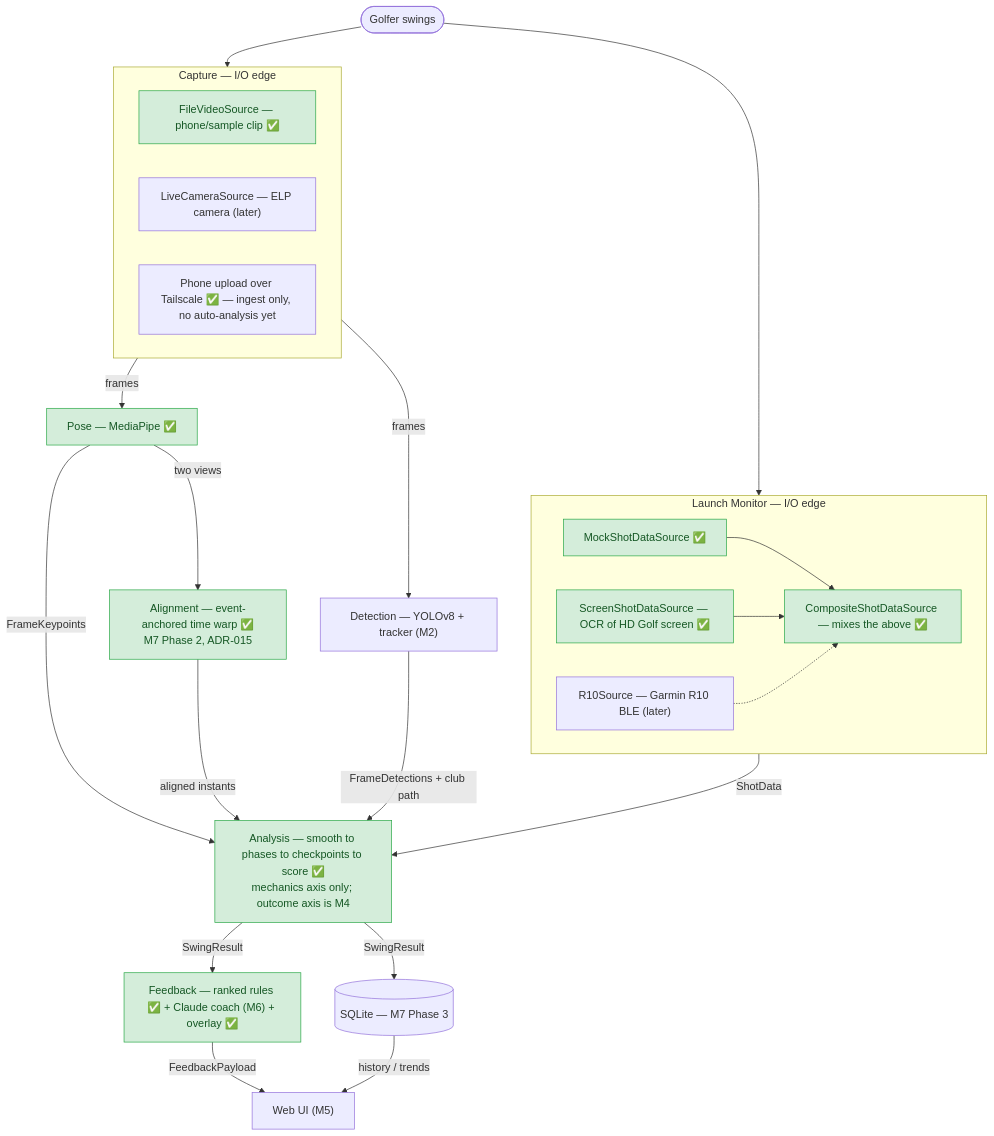
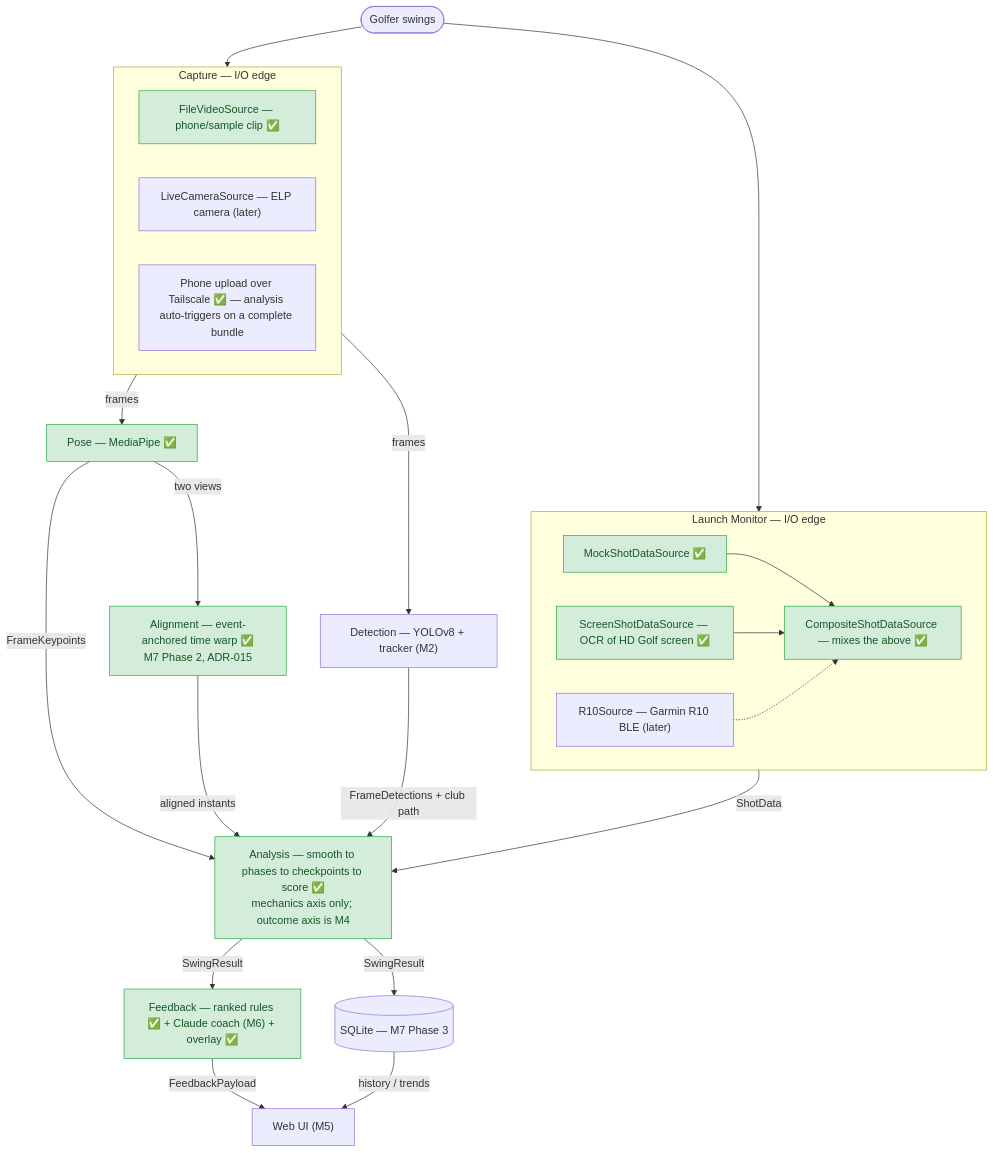
The second of 5 diagrams in docs/FLOW.md (MildTreeRat/golf-coach), drawn with Mermaid before and after one commit. The commit also changed other lines of this file and 19 other files, not shown here.

````diff
--- a/docs/FLOW.md
+++ b/docs/FLOW.md
@@ -86,45 +86,45 @@
 ```mermaid
 flowchart TD
     User([Golfer swings])
 
     subgraph CAP["Capture — I/O edge"]
         FSRC["FileVideoSource — phone/sample clip ✅"]
         CSRC["LiveCameraSource — ELP camera (later)"]
-        UPL["Phone upload over Tailscale ✅ — ingest only, no auto-analysis yet"]
+        UPL["Phone upload over Tailscale ✅ — analysis auto-triggers on a complete bundle"]
     end
 
     subgraph LM["Launch Monitor — I/O edge"]
         MOCK["MockShotDataSource ✅"]
         SCR["ScreenShotDataSource — OCR of HD Golf screen ✅"]
         R10["R10Source — Garmin R10 BLE (later)"]
         COMP["CompositeShotDataSource — mixes the above ✅"]
         MOCK --> COMP
         SCR --> COMP
         R10 -.-> COMP
     end
 
     POSE["Pose — MediaPipe ✅"]
     DET["Detection — YOLOv8 + tracker (M2)"]
     ALIGN["Alignment — event-anchored time warp ✅<br/>M7 Phase 2, ADR-015"]
     ANA["Analysis — smooth to phases to checkpoints to score ✅<br/>mechanics axis only; outcome axis is M4"]
     FB["Feedback — ranked rules ✅ + Claude coach (M6) + overlay ✅"]
     UI["Web UI (M5)"]
     DB[(SQLite — M7 Phase 3)]
 
     User --> CAP
     User --> LM
     CAP -->|frames| POSE
     CAP -->|frames| DET
     POSE -->|FrameKeypoints| ANA
     POSE -->|two views| ALIGN
     ALIGN -->|aligned instants| ANA
     DET -->|FrameDetections + club path| ANA
     LM -->|ShotData| ANA
     ANA -->|SwingResult| FB
     ANA -->|SwingResult| DB
     FB -->|FeedbackPayload| UI
     DB -->|history / trends| UI
 
     classDef built fill:#d4edda,stroke:#28a745,color:#155724;
     class FSRC,MOCK,SCR,COMP,POSE,ALIGN,ANA,FB built;
 ```
````
